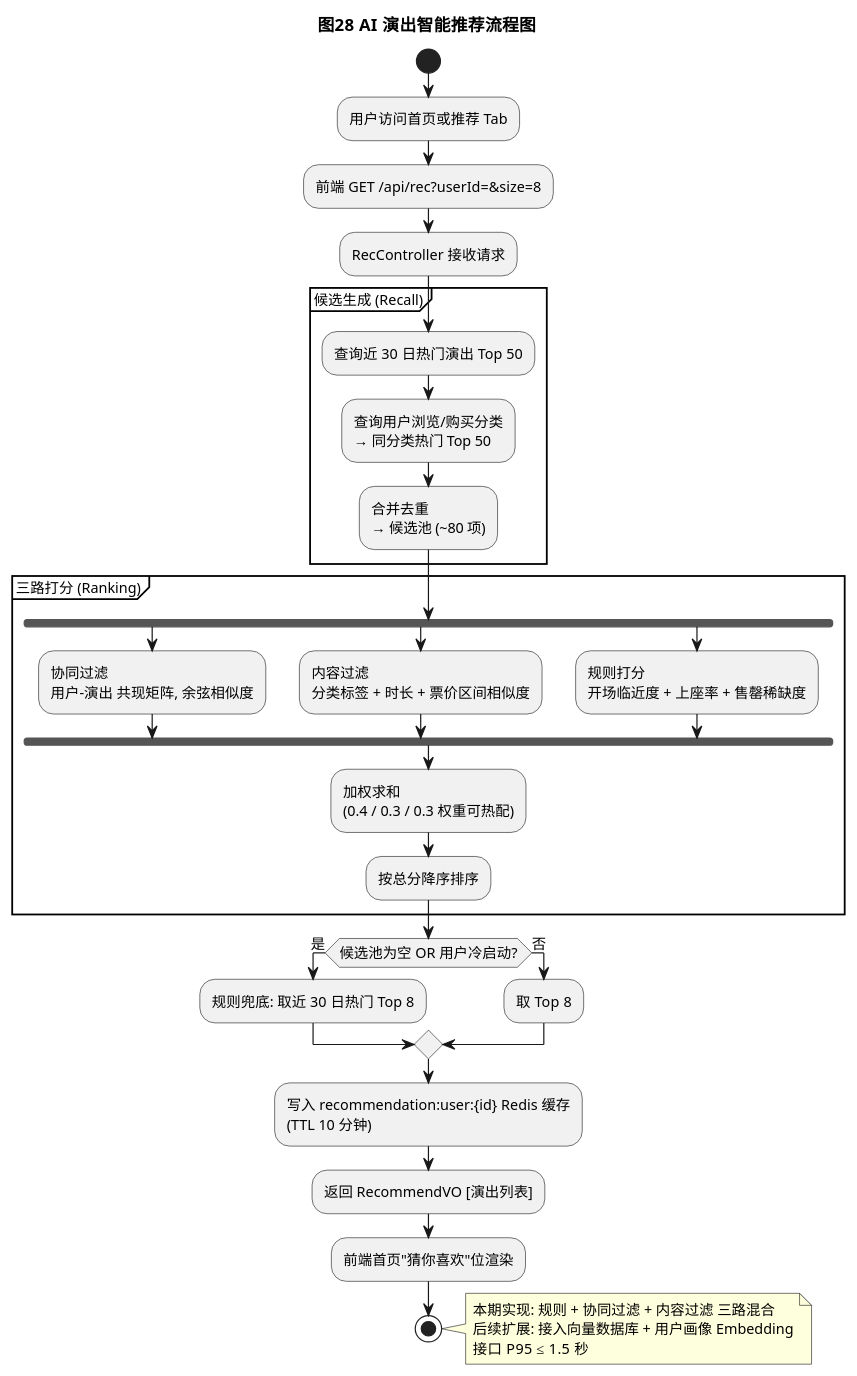
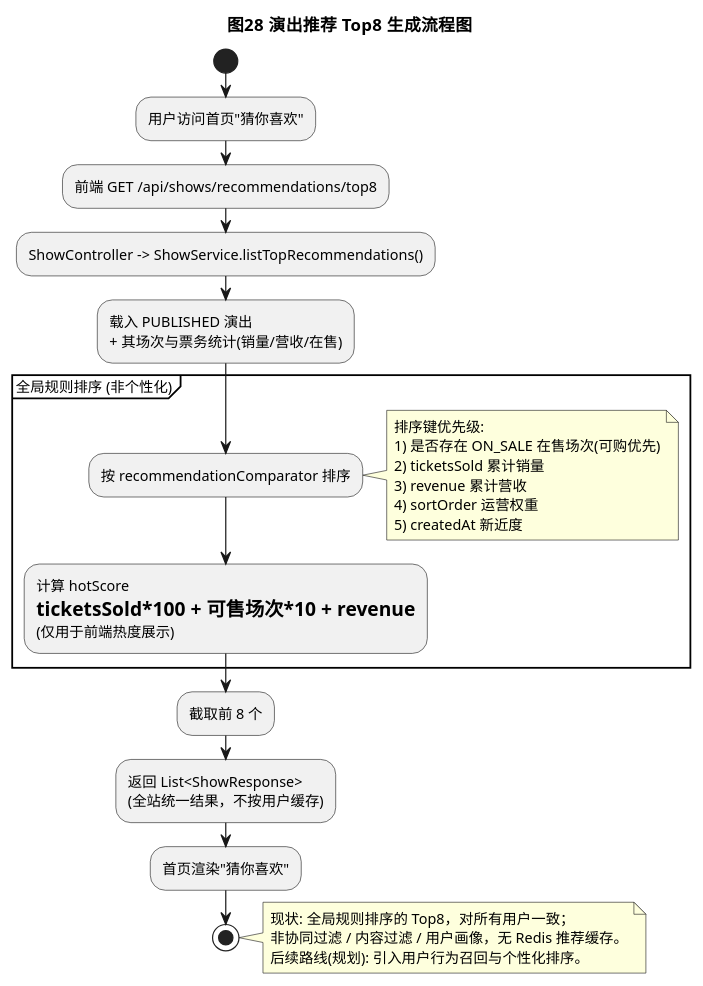
The diagram in uml-source/figure-28.puml (L0ne1y4Ever/ENCORE), drawn with PlantUML before and after one commit. The commit also changed 89 other files, not shown here.

```diff
--- a/uml-source/figure-28.puml
+++ b/uml-source/figure-28.puml
@@ -1,48 +1,37 @@
 @startuml
 !pragma teoz true
 skinparam shadowing false
 skinparam DefaultFontName "Microsoft YaHei"
 skinparam DefaultFontSize 12
-title 图28  AI 演出智能推荐流程图
+title 图28  演出推荐 Top8 生成流程图
 
 start
-:用户访问首页或推荐 Tab;
-:前端 GET /api/rec?userId=&size=8;
-:RecController 接收请求;
+:用户访问首页"猜你喜欢";
+:前端 GET /api/shows/recommendations/top8;
+:ShowController -> ShowService.listTopRecommendations();
+:载入 PUBLISHED 演出\n+ 其场次与票务统计(销量/营收/在售);
 
-partition "候选生成 (Recall)" {
-  :查询近 30 日热门演出 Top 50;
-  :查询用户浏览/购买分类\n→ 同分类热门 Top 50;
-  :合并去重\n→ 候选池 (~80 项);
+partition "全局规则排序 (非个性化)" {
+  :按 recommendationComparator 排序;
+  note right
+    排序键优先级:
+    1) 是否存在 ON_SALE 在售场次(可购优先)
+    2) ticketsSold 累计销量
+    3) revenue 累计营收
+    4) sortOrder 运营权重
+    5) createdAt 新近度
+  end note
+  :计算 hotScore\n= ticketsSold*100 + 可售场次*10 + revenue\n(仅用于前端热度展示);
 }
 
-partition "三路打分 (Ranking)" {
-  fork
-    :协同过滤\n用户-演出 共现矩阵, 余弦相似度;
-  fork again
-    :内容过滤\n分类标签 + 时长 + 票价区间相似度;
-  fork again
-    :规则打分\n开场临近度 + 上座率 + 售罄稀缺度;
-  end fork
-  :加权求和\n(0.4 / 0.3 / 0.3 权重可热配);
-  :按总分降序排序;
-}
-
-if (候选池为空 OR 用户冷启动?) then (是)
-  :规则兜底: 取近 30 日热门 Top 8;
-else (否)
-  :取 Top 8;
-endif
-
-:写入 recommendation:user:{id} Redis 缓存\n(TTL 10 分钟);
-:返回 RecommendVO [演出列表];
-:前端首页"猜你喜欢"位渲染;
-
+:截取前 8 个;
+:返回 List<ShowResponse>\n(全站统一结果，不按用户缓存);
+:首页渲染"猜你喜欢";
 stop
 
 note right
-  本期实现: 规则 + 协同过滤 + 内容过滤 三路混合
-  后续扩展: 接入向量数据库 + 用户画像 Embedding
-  接口 P95 ≤ 1.5 秒
+  现状: 全局规则排序的 Top8，对所有用户一致；
+  非协同过滤 / 内容过滤 / 用户画像，无 Redis 推荐缓存。
+  后续路线(规划): 引入用户行为召回与个性化排序。
 end note
 @enduml
```
